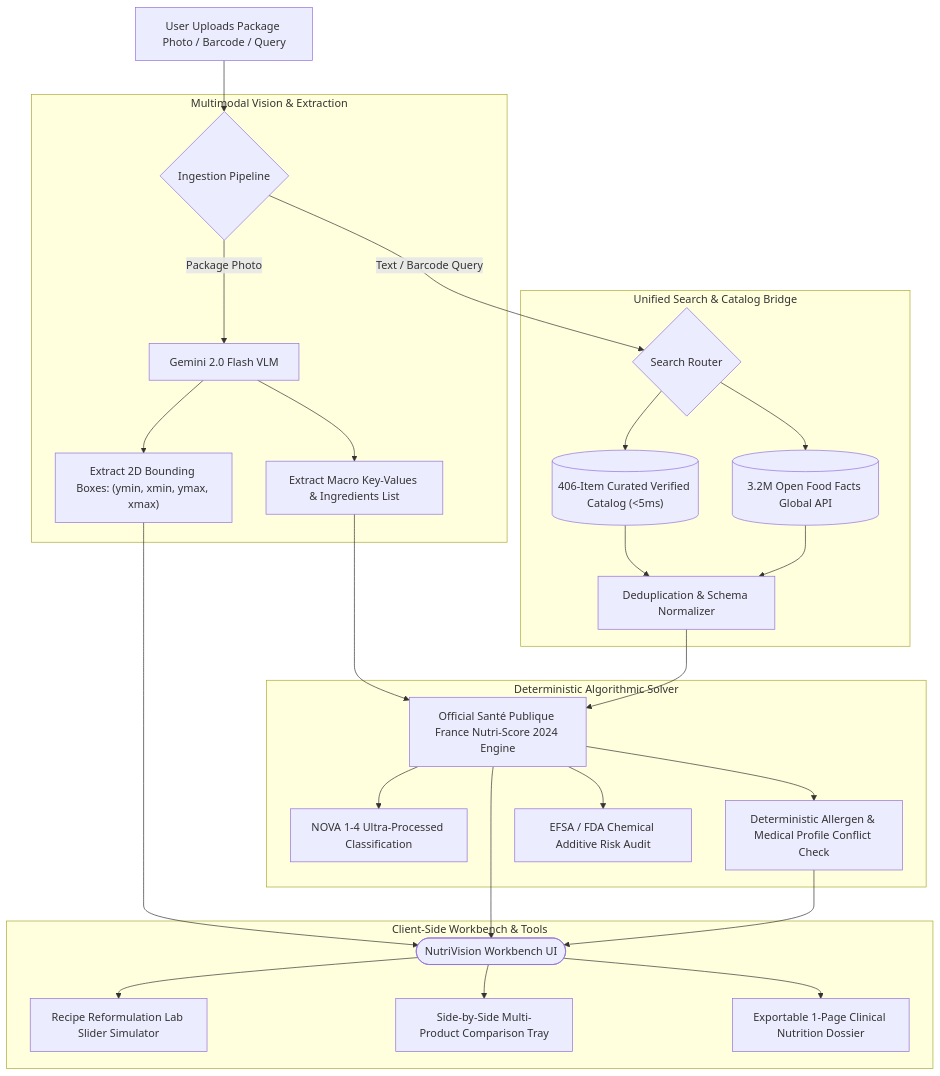
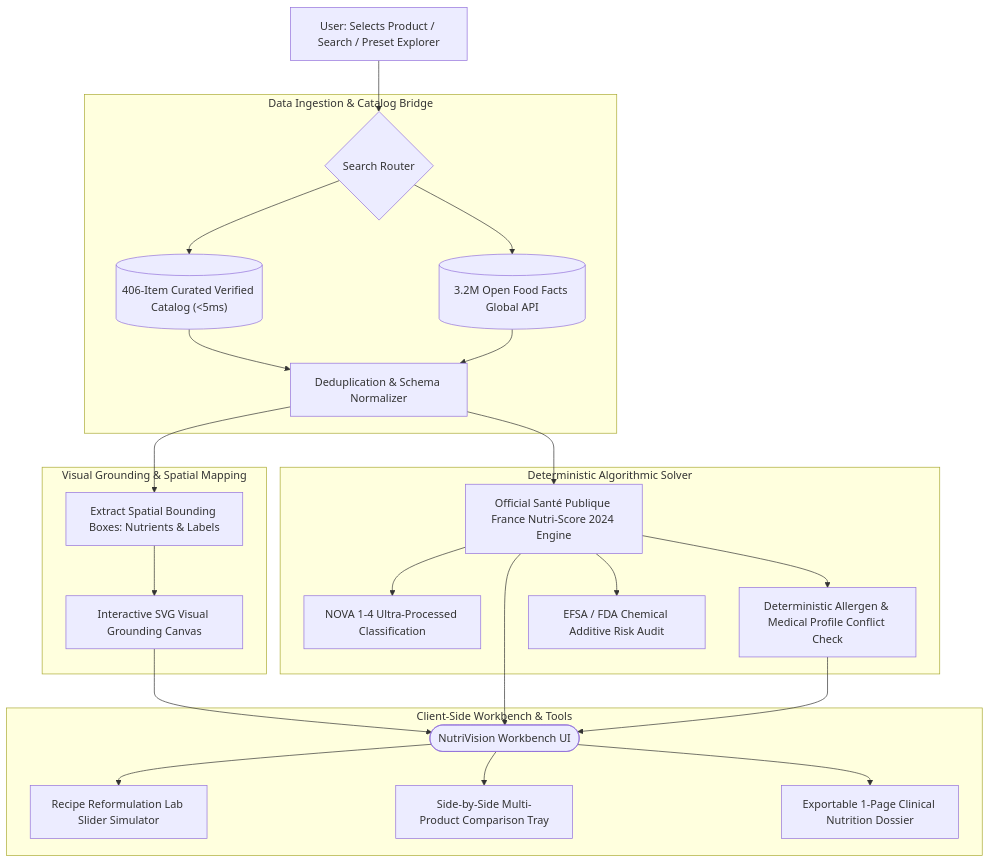
One commit to CTC3PO/nutri-explorer changed the second of 2 diagrams in README_V2.md. Above: the diagram before and after it, drawn with Mermaid. The commit also changed other lines of this file and 1 other file, not shown here.

Commit message:
docs: align README with working app capabilities and streamline architecture

````diff
--- a/README_V2.md
+++ b/README_V2.md
@@ -80,31 +79,29 @@
 ```mermaid
 flowchart TD
-    UserPhoto["User Uploads Package Photo / Barcode / Query"] --> Ingestion{"Ingestion Pipeline"}
+    User["User: Selects Product / Search / Preset Explorer"] --> SearchRouter{"Search Router"}
 
-    subgraph Edge_VLM [Multimodal Vision & Extraction]
-        Ingestion -->|Package Photo| VLM["Gemini 2.0 Flash VLM"]
-        VLM --> BBoxes["Extract 2D Bounding Boxes: (ymin, xmin, ymax, xmax)"]
-        VLM --> RawJSON["Extract Macro Key-Values & Ingredients List"]
-    end
-
-    subgraph Hybrid_Catalog [Unified Search & Catalog Bridge]
-        Ingestion -->|Text / Barcode Query| SearchRouter{"Search Router"}
+    subgraph Data_Pipeline [Data Ingestion & Catalog Bridge]
         SearchRouter --> Local406[("406-Item Curated Verified Catalog (<5ms)")]
         SearchRouter --> LiveOFF[("3.2M Open Food Facts Global API")]
         Local406 & LiveOFF --> Deduplicate["Deduplication & Schema Normalizer"]
     end
 
     subgraph Food_Science_Engine [Deterministic Algorithmic Solver]
-        RawJSON & Deduplicate --> NutriScoreCalc["Official Santé Publique France Nutri-Score 2024 Engine"]
+        Deduplicate --> NutriScoreCalc["Official Santé Publique France Nutri-Score 2024 Engine"]
         NutriScoreCalc --> NOVAScore["NOVA 1-4 Ultra-Processed Classification"]
         NutriScoreCalc --> AllergenSolver["Deterministic Allergen & Medical Profile Conflict Check"]
         NutriScoreCalc --> RiskGraph["EFSA / FDA Chemical Additive Risk Audit"]
     end
 
+    subgraph Visual_Grounding [Visual Grounding & Spatial Mapping]
+        Deduplicate --> BBoxes["Extract Spatial Bounding Boxes: Nutrients & Labels"]
+        BBoxes --> Canvas["Interactive SVG Visual Grounding Canvas"]
+    end
+
     subgraph Interactive_Workbench [Client-Side Workbench & Tools]
-        BBoxes & NutriScoreCalc & AllergenSolver --> UI(["NutriVision Workbench UI"])
+        Canvas & NutriScoreCalc & AllergenSolver --> UI(["NutriVision Workbench UI"])
         UI --> Sandbox["Recipe Reformulation Lab Slider Simulator"]
         UI --> CompareTray["Side-by-Side Multi-Product Comparison Tray"]
         UI --> PrintDossier["Exportable 1-Page Clinical Nutrition Dossier"]
     end
 ```
````
